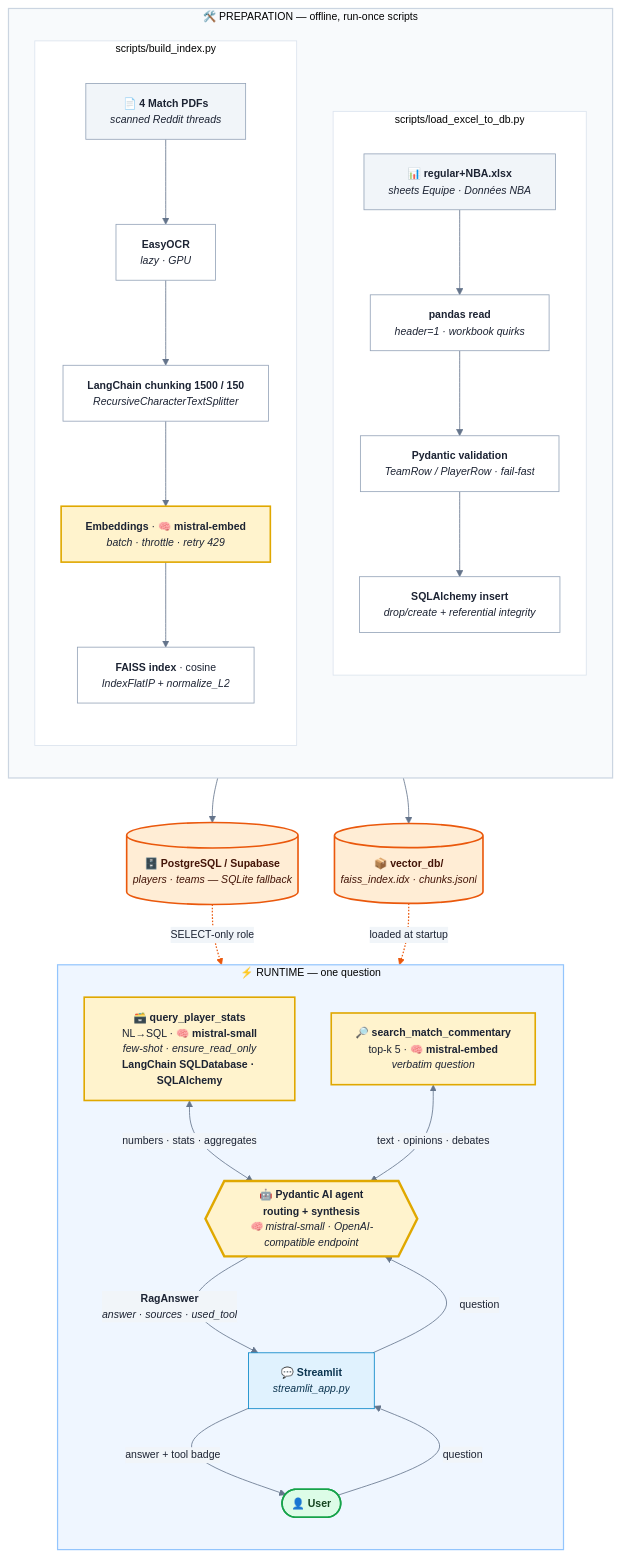
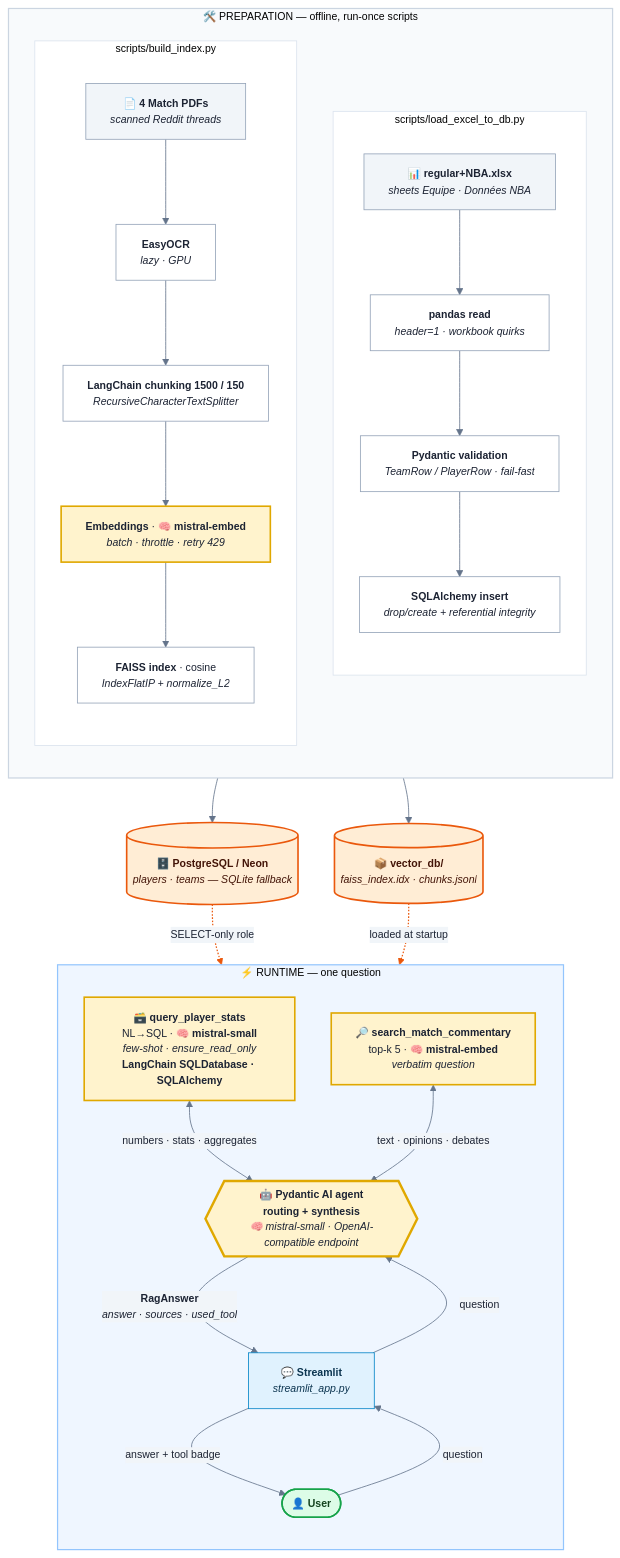
The diagram in README.md (KL38/OC_P10_RAG_NBA-comments-and-stats), drawn with Mermaid before and after one commit. The commit also changed other lines of this file and 5 other files, not shown here.

First line of the commit message:
Switch documented database from Supabase to Neon

````diff
--- a/README.md
+++ b/README.md
@@ -108,74 +108,74 @@
 ```mermaid
 %%{init: {"theme":"base","themeVariables":{"fontFamily":"Segoe UI, system-ui, sans-serif","fontSize":"13px","primaryColor":"#ffffff","primaryTextColor":"#1c2333","primaryBorderColor":"#94a3b8","lineColor":"#64748b","edgeLabelBackground":"#f1f5f9","clusterBkg":"#f8fafc","clusterBorder":"#cbd5e1"},"flowchart":{"curve":"basis","nodeSpacing":45,"rankSpacing":55}}}%%
 flowchart TD
     %% ============ 1. PREPARATION (offline) ============
     subgraph PREP["🛠️ PREPARATION — offline, run-once scripts"]
         direction TB
         subgraph DBL["scripts/load_excel_to_db.py"]
             direction TB
             XLS["📊 <b>regular+NBA.xlsx</b><br/><i>sheets Equipe · Données NBA</i>"]
             READ["<b>pandas read</b><br/><i>header=1 · workbook quirks</i>"]
             VALID["<b>Pydantic validation</b><br/><i>TeamRow / PlayerRow · fail-fast</i>"]
             DDL["<b>SQLAlchemy insert</b><br/><i>drop/create + referential integrity</i>"]
             XLS --> READ --> VALID --> DDL
         end
         subgraph IDX["scripts/build_index.py"]
             direction TB
             PDF["📄 <b>4 Match PDFs</b><br/><i>scanned Reddit threads</i>"]
             LOAD["<b>EasyOCR</b><br/><i>lazy · GPU</i>"]
             SPLIT["<b>LangChain chunking 1500 / 150</b><br/><i>RecursiveCharacterTextSplitter</i>"]
             EMB1["<b>Embeddings</b> · 🧠 <b>mistral-embed</b><br/><i>batch · throttle · retry 429</i>"]
             FAISSB["<b>FAISS index</b> · cosine<br/><i>IndexFlatIP + normalize_L2</i>"]
             PDF --> LOAD --> SPLIT --> EMB1 --> FAISSB
         end
     end
 
     %% ============ 2. PERSISTED ARTEFACTS ============
-    SQLDB[("🗄️ <b>PostgreSQL / Supabase</b><br/><i>players · teams — SQLite fallback</i>")]
+    SQLDB[("🗄️ <b>PostgreSQL / Neon</b><br/><i>players · teams — SQLite fallback</i>")]
     VDB[("📦 <b>vector_db/</b><br/><i>faiss_index.idx · chunks.jsonl</i>")]
     DDL --> SQLDB
     FAISSB --> VDB
 
     %% ============ 3. RUNTIME (one question) ============
     subgraph RUN["⚡ RUNTIME — one question"]
         direction TB
         TSQL["🗃️ <b>query_player_stats</b><br/>NL→SQL · 🧠 <b>mistral-small</b><br/><i>few-shot · ensure_read_only</i><br/><b>LangChain SQLDatabase · SQLAlchemy</b>"]
         TRAG["🔎 <b>search_match_commentary</b><br/>top-k 5 · 🧠 <b>mistral-embed</b><br/><i>verbatim question</i>"]
         AGENT{{"🤖 <b>Pydantic AI agent</b><br/><b>routing + synthesis</b><br/><i>🧠 mistral-small · OpenAI-compatible endpoint</i>"}}
         UI["💬 <b>Streamlit</b><br/><i>streamlit_app.py</i>"]
         USER(["👤 <b>User</b>"])
 
         TSQL <-->|"numbers · stats · aggregates"| AGENT
         TRAG <-->|"text · opinions · debates"| AGENT
         AGENT -->|"<b>RagAnswer</b><br/><i>answer · sources · used_tool</i>"| UI
         UI -->|"question"| AGENT
         UI -->|"answer + tool badge"| USER
         USER -->|"question"| UI
     end
 
     SQLDB -. "SELECT-only role" .-> TSQL
     VDB -. "loaded at startup" .-> TRAG
 
     %% ============ STYLES ============
     classDef data fill:#f1f5f9,stroke:#94a3b8,color:#1c2333;
     classDef step fill:#ffffff,stroke:#94a3b8,color:#1c2333;
     classDef model fill:#fff3cd,stroke:#e0a800,stroke-width:2px,color:#1c2333;
     classDef store fill:#ffedd5,stroke:#ea580c,stroke-width:2px,color:#431407;
     classDef user fill:#dcfce7,stroke:#16a34a,stroke-width:2px,color:#14431f;
     classDef ui fill:#e0f2fe,stroke:#0284c7,color:#0c3550;
 
     class PDF,XLS data;
     class LOAD,SPLIT,READ,VALID,DDL,FAISSB step;
     class EMB1,TRAG,TSQL,AGENT model;
     class VDB,SQLDB store;
     class USER user;
     class UI ui;
     style AGENT stroke-width:3px
 
     style PREP fill:#f8fafc,stroke:#cbd5e1,stroke-width:1.5px
     style DBL fill:#ffffff,stroke:#dbe3ee
     style IDX fill:#ffffff,stroke:#dbe3ee
     style RUN fill:#eff6ff,stroke:#93c5fd,stroke-width:1.5px
 
     linkStyle 15,16 stroke:#ea580c,stroke-width:1.5px
 ```
````
